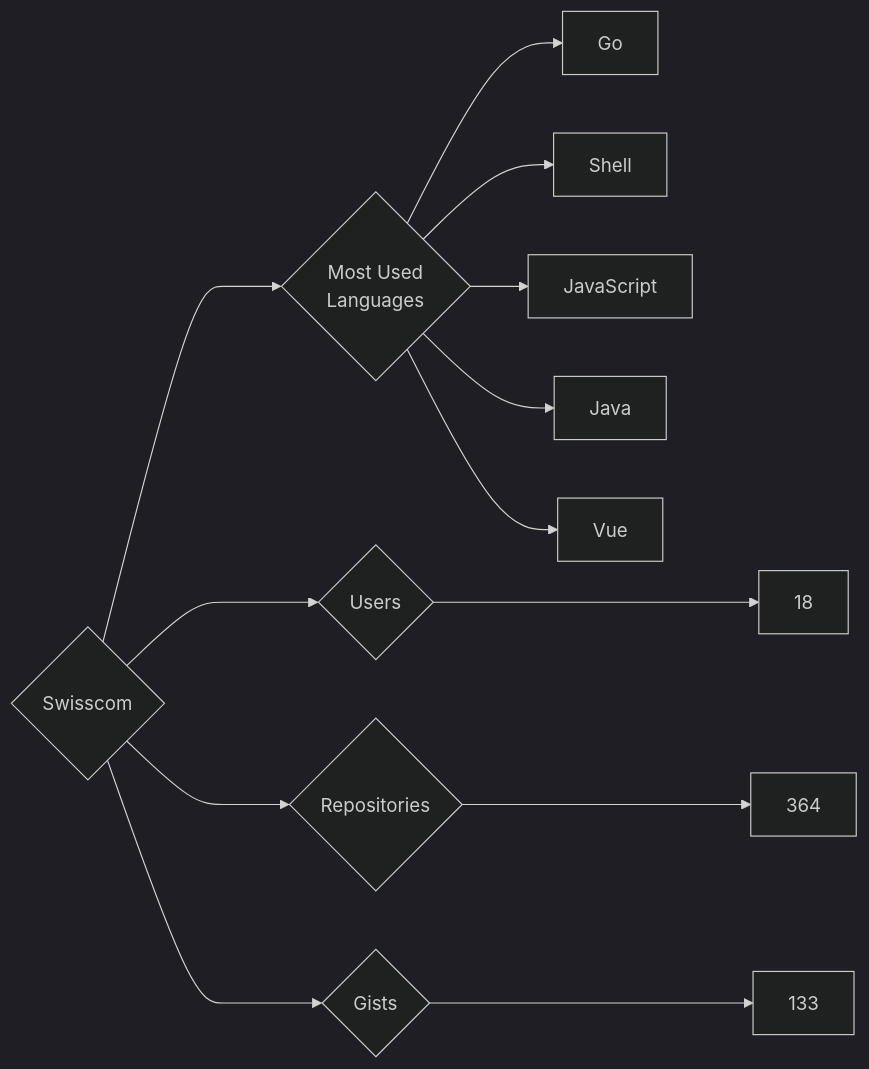
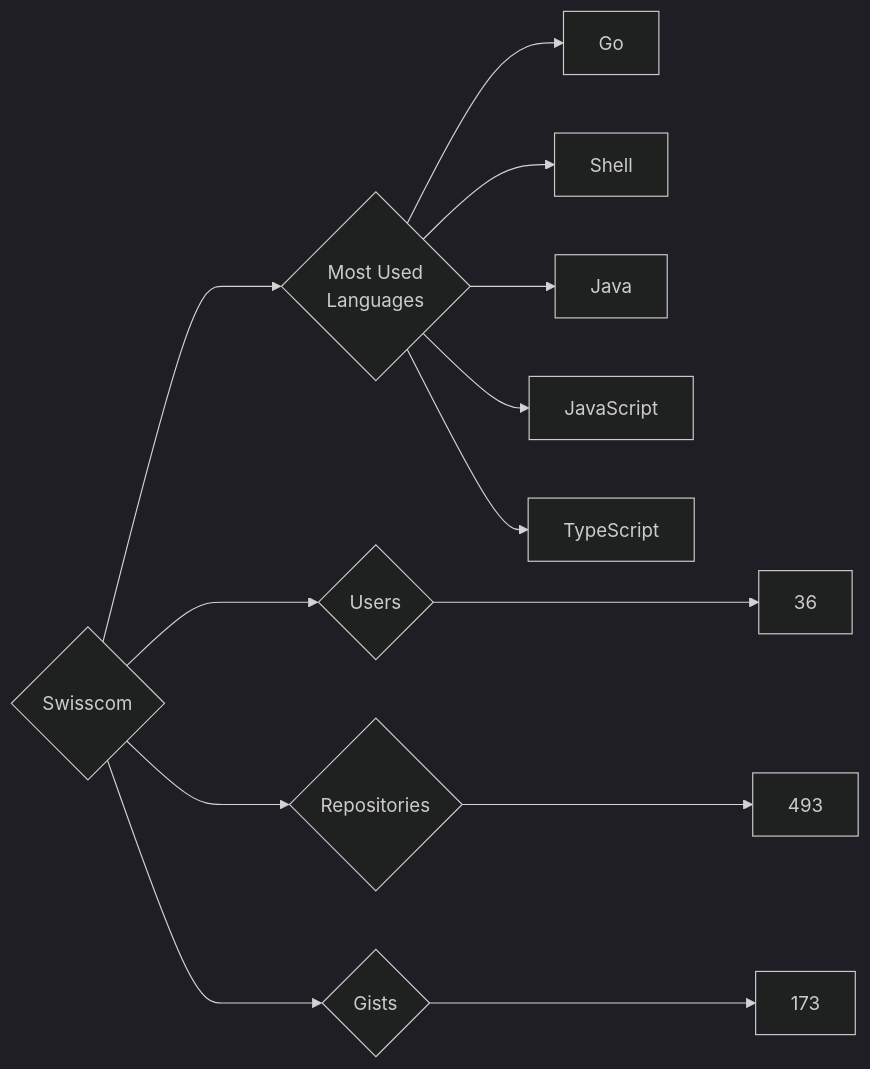
One commit to trickest/insiders changed the diagram in targets/Swisscom/README.md. Above: the diagram before and after it, drawn with Mermaid (dark theme). The commit also changed 534 other files, not shown here.

````diff
--- a/targets/Swisscom/README.md
+++ b/targets/Swisscom/README.md
@@ -3,13 +3,13 @@
 ```mermaid
 graph LR
 COMPANY_NAME{Swisscom}
-COMPANY_NAME ---> U{Users} ---> UN[18]
-COMPANY_NAME ---> R{Repositories} ---> RN[364]
-COMPANY_NAME ---> G{Gists} ---> GN[133]
+COMPANY_NAME ---> U{Users} ---> UN[36]
+COMPANY_NAME ---> R{Repositories} ---> RN[493]
+COMPANY_NAME ---> G{Gists} ---> GN[173]
 COMPANY_NAME ---> ML{Most Used<br>Languages}
 ML --> Go[Go]
 ML --> Shell[Shell]
+ML --> Java[Java]
 ML --> JavaScript[JavaScript]
-ML --> Java[Java]
-ML --> Vue[Vue]
+ML --> TypeScript[TypeScript]
 ```
````
